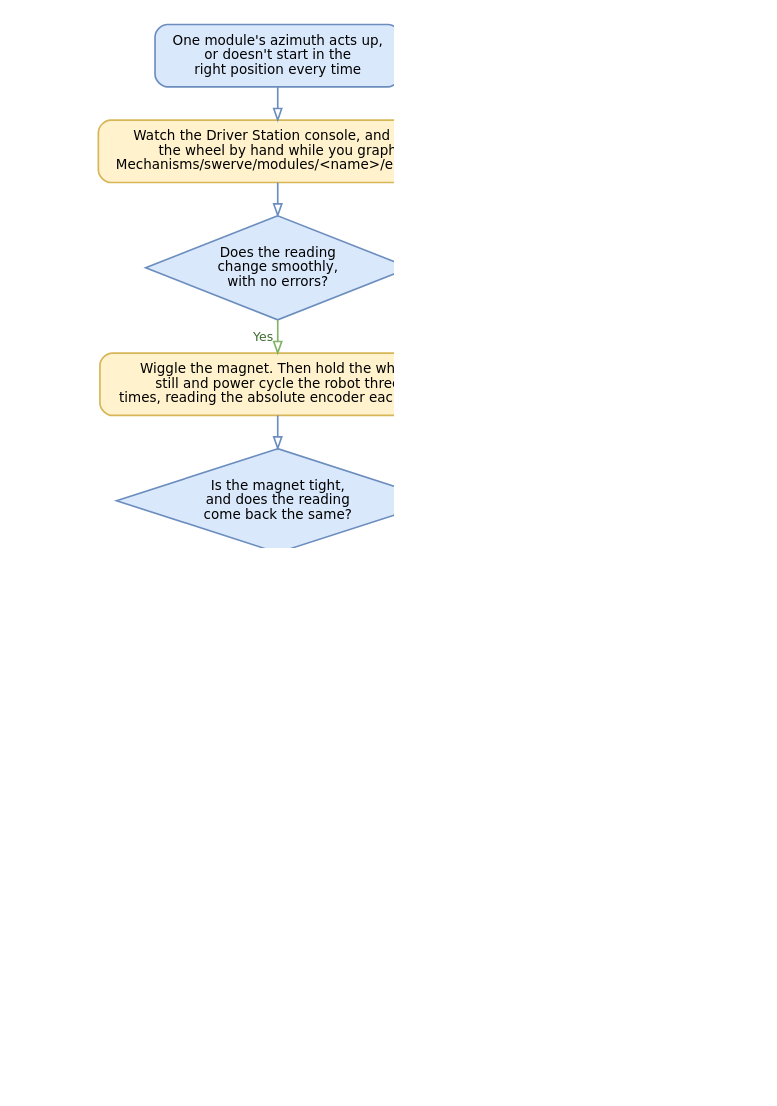
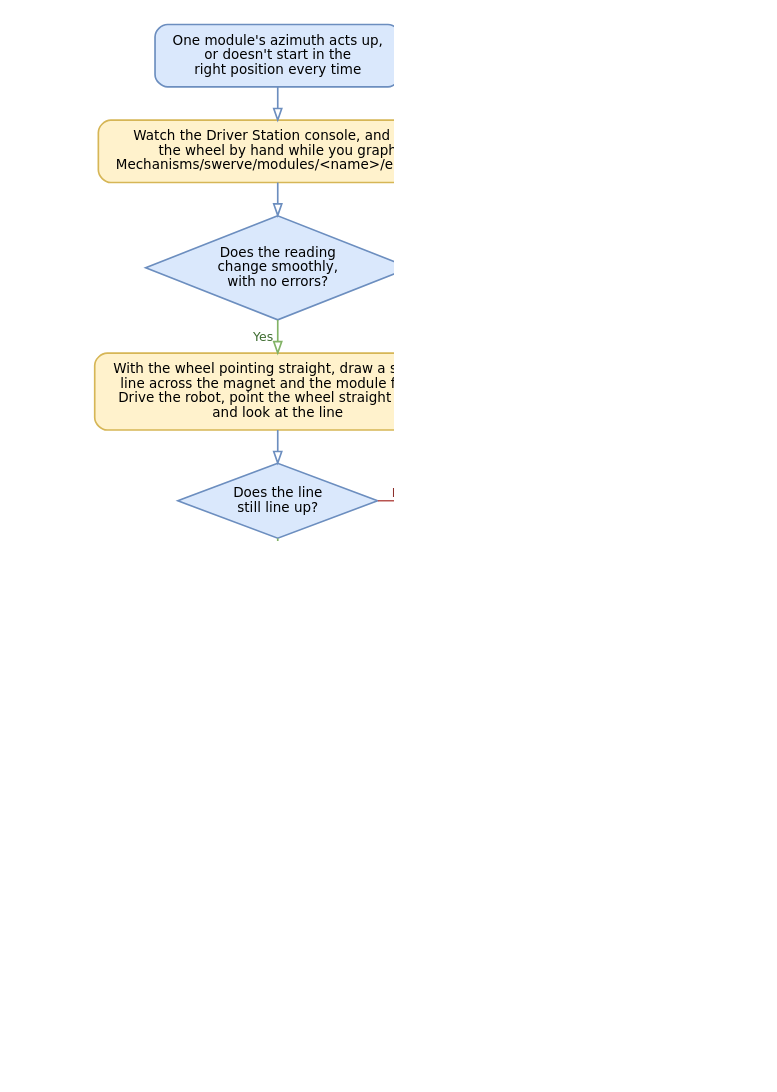
Before and after one commit to Yet-Another-Software-Suite/YAGSL-gitbook: the diagram in .gitbook/assets/yagsl-flowchart-azimuth.dot, drawn with Graphviz. The commit also changed 2 other files, not shown here.

Commit message:
One-module flowchart: check the magnet with a marked line, not by wiggling it

```diff
--- a/.gitbook/assets/yagsl-flowchart-azimuth.dot
+++ b/.gitbook/assets/yagsl-flowchart-azimuth.dot
@@ -1,37 +1,43 @@
 digraph G {
   graph [rankdir=TB, nodesep=0.5, ranksep=0.45, pad=0.3, bgcolor="white", dpi=150, splines=ortho];
   node  [fontname="DejaVu Sans", fontsize=13, margin="0.2,0.12", penwidth=1.6];
   edge  [fontname="DejaVu Sans", fontsize=12, penwidth=1.6, arrowhead=onormal, arrowsize=1.1];
   graph [nodesep=1.1];
   s [label="One module's azimuth acts up,\nor doesn't start in the\nright position every time", shape=box, style="rounded,filled", fillcolor="#dae8fc", color="#6c8ebf"];
   h1 [label="Watch the Driver Station console, and turn\nthe wheel by hand while you graph\nMechanisms/swerve/modules/<name>/encoder", shape=box, style="rounded,filled", fillcolor="#fff2cc", color="#d6b656"];
   q1 [label="Does the reading\nchange smoothly,\nwith no errors?", shape=diamond, style=filled, fillcolor="#dae8fc", color="#6c8ebf", margin="0.05,0.05"];
   f1 [label="The absolute encoder is\ndisconnected: reseat or replace\nits cable, and check its CAN ID,\npower and status light", shape=box, style="rounded,filled", fillcolor="#f8cecc", color="#b85450"];
   {rank=same; q1; f1;}
   s -> h1 [color="#6c8ebf", weight=10];
   h1 -> q1 [color="#6c8ebf", weight=10];
   q1 -> f1 [xlabel=" No ", color="#b85450", fontcolor="#8c2f2b"];
   q1 -> h2 [xlabel=" Yes ", color="#82b366", fontcolor="#3d6b2f", weight=10];
-  h2 [label="Wiggle the magnet. Then hold the wheel\nstill and power cycle the robot three\ntimes, reading the absolute encoder each time", shape=box, style="rounded,filled", fillcolor="#fff2cc", color="#d6b656"];
-  q2 [label="Is the magnet tight,\nand does the reading\ncome back the same?", shape=diamond, style=filled, fillcolor="#dae8fc", color="#6c8ebf", margin="0.05,0.05"];
-  f2 [label="Glue or loctite the magnet in,\nthen record the absolute\nencoder offset again", shape=box, style="rounded,filled", fillcolor="#f8cecc", color="#b85450"];
+  h2 [label="With the wheel pointing straight, draw a straight
+line across the magnet and the module frame.
+Drive the robot, point the wheel straight again,
+and look at the line", shape=box, style="rounded,filled", fillcolor="#fff2cc", color="#d6b656"];
+  q2 [label="Does the line
+still line up?", shape=diamond, style=filled, fillcolor="#dae8fc", color="#6c8ebf", margin="0.05,0.05"];
+  f2 [label="The magnet slipped: glue or
+loctite it in, then record the
+absolute encoder offset again", shape=box, style="rounded,filled", fillcolor="#f8cecc", color="#b85450"];
   {rank=same; q2; f2;}
   h2 -> q2 [color="#6c8ebf", weight=10];
   q2 -> f2 [xlabel=" No ", color="#b85450", fontcolor="#8c2f2b"];
   q2 -> h3 [xlabel=" Yes ", color="#82b366", fontcolor="#3d6b2f", weight=10];
   h3 [label="Graph the motor position,\nMechanisms/swerve/modules/<name>/azimuth/mechanism/position,\nwith the absolute encoder, and turn the wheel by hand", shape=box, style="rounded,filled", fillcolor="#fff2cc", color="#d6b656"];
   q3 [label="Do the lines stay\non top of each other?", shape=diamond, style=filled, fillcolor="#dae8fc", color="#6c8ebf", margin="0.05,0.05"];
   f3 [label="The gearing is wrong: set\nthe angle gear ratio for your\nmodule and its configuration", shape=box, style="rounded,filled", fillcolor="#f8cecc", color="#b85450"];
   {rank=same; q3; f3;}
   h3 -> q3 [color="#6c8ebf", weight=10];
   q3 -> f3 [xlabel=" No ", color="#b85450", fontcolor="#8c2f2b"];
   q3 -> h4 [xlabel=" Yes ", color="#82b366", fontcolor="#3d6b2f", weight=10];
   h4 [label="Turn the wheel by hand, then compare\nthe azimuth motor's current with\nthe other modules' on the same gains", shape=box, style="rounded,filled", fillcolor="#fff2cc", color="#d6b656"];
   q4 [label="Does it turn freely,\nand draw about the\nsame current?", shape=diamond, style=filled, fillcolor="#dae8fc", color="#6c8ebf", margin="0.05,0.05"];
   f4 [label="The motor is dying or the module\nbinds: clean and grease it, then swap\nthe motor with another module's.\nIf the problem follows, replace it", shape=box, style="rounded,filled", fillcolor="#f8cecc", color="#b85450"];
   {rank=same; q4; f4;}
   h4 -> q4 [color="#6c8ebf", weight=10];
   q4 -> f4 [xlabel=" No ", color="#b85450", fontcolor="#8c2f2b"];
   q4 -> d [xlabel=" Yes ", color="#82b366", fontcolor="#3d6b2f", weight=10];
   d [label="The module is built incorrectly. Turn the wheel\nexactly one turn by hand: the absolute encoder\nshould read one turn too. Compare it with another\nmodule part by part, and rebuild it by the\nmanufacturer's guide", shape=box, style="rounded,filled", fillcolor="#f8cecc", color="#b85450"];
 }
```
